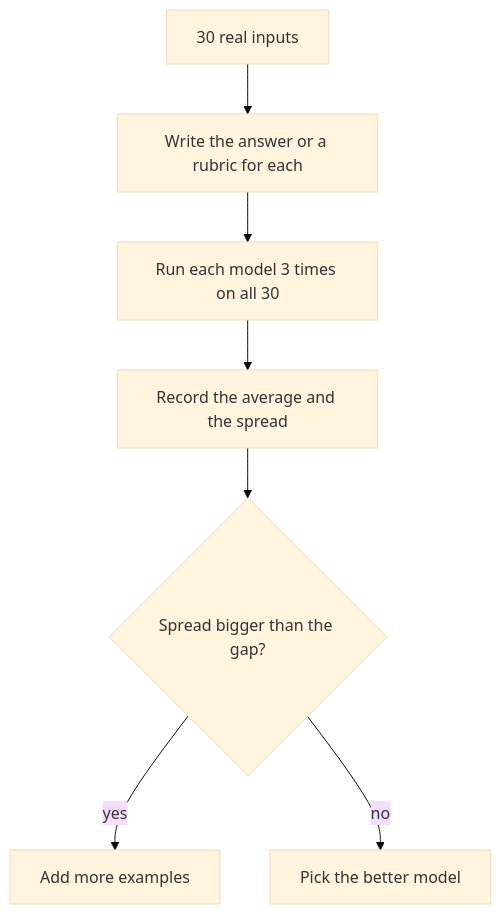
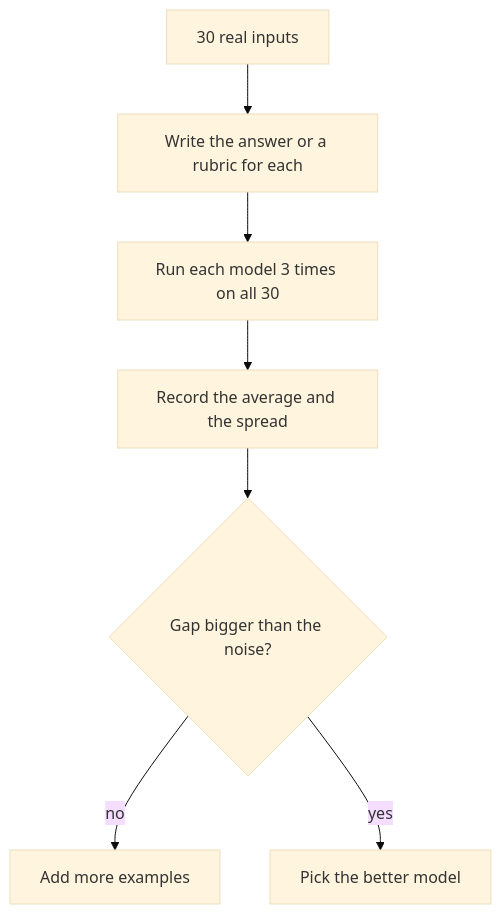
Before and after one commit to pravnyadv/dev-essentials: the sixth of 6 diagrams in site/authored/ai/keep-up.md, drawn with Mermaid (base theme). The commit also changed other lines of this file and 66 other files, not shown here.

````diff
--- a/site/authored/ai/keep-up.md
+++ b/site/authored/ai/keep-up.md
@@ -190,10 +190,10 @@
 ```mermaid A small test built from your own work, run several times per model
 flowchart TD
   A[30 real inputs] --> B[Write the answer or a rubric for each]
   B --> C[Run each model 3 times on all 30]
   C --> D[Record the average and the spread]
-  D --> E{Spread bigger than the gap?}
-  E -->|yes| F[Add more examples]
-  E -->|no| G[Pick the better model]
+  D --> E{Gap bigger than the noise?}
+  E -->|no| F[Add more examples]
+  E -->|yes| G[Pick the better model]
   class E focus
 ```
````
